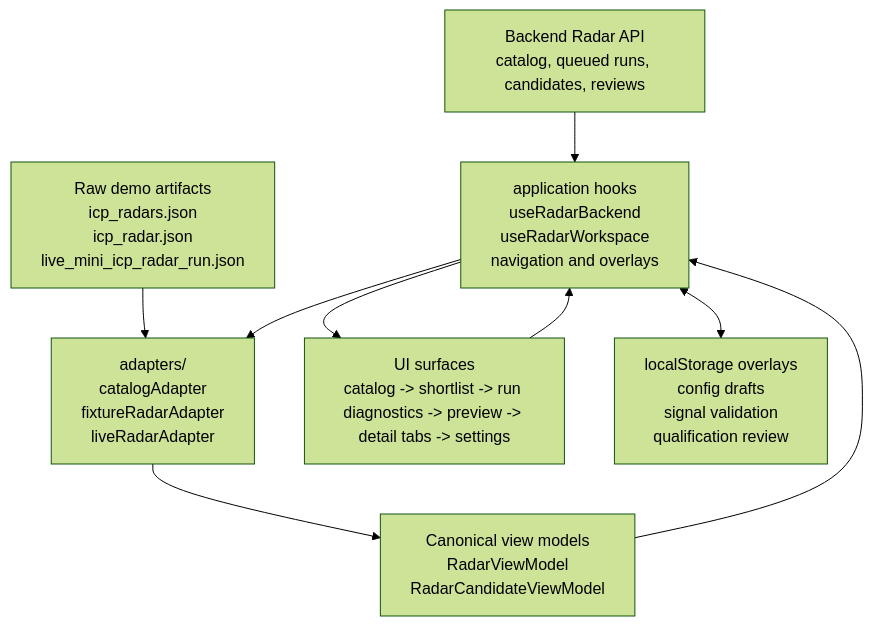
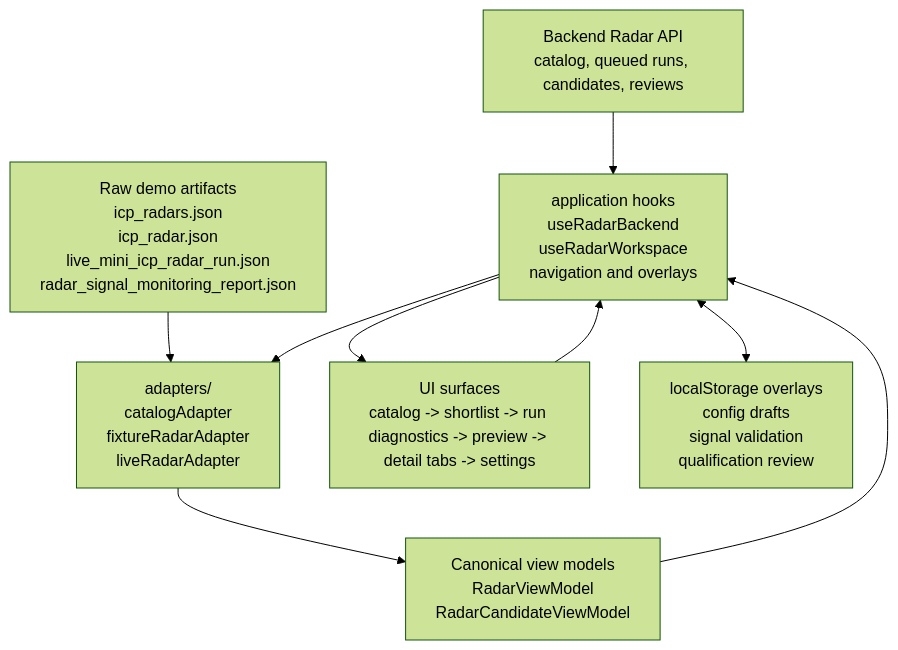
The diagram in frontend/src/features/icp-radar/README.md (mudrezzz/power-web-os), drawn with Mermaid (forest theme) before and after one commit. The commit also changed other lines of this file and 28 other files, not shown here.

Commit message:
feat: split radar discovery and signal controls

````diff
--- a/frontend/src/features/icp-radar/README.md
+++ b/frontend/src/features/icp-radar/README.md
@@ -26,19 +26,19 @@
 ```mermaid
 flowchart TD
     Api["Backend Radar API<br/>catalog, queued runs, candidates, reviews"]
-    RawArtifacts["Raw demo artifacts<br/>icp_radars.json<br/>icp_radar.json<br/>live_mini_icp_radar_run.json"]
+    RawArtifacts["Raw demo artifacts<br/>icp_radars.json<br/>icp_radar.json<br/>live_mini_icp_radar_run.json<br/>radar_signal_monitoring_report.json"]
     Adapters["adapters/<br/>catalogAdapter<br/>fixtureRadarAdapter<br/>liveRadarAdapter"]
     ViewModels["Canonical view models<br/>RadarViewModel<br/>RadarCandidateViewModel"]
     AppHooks["application hooks<br/>useRadarBackend<br/>useRadarWorkspace<br/>navigation and overlays"]
     UI["UI surfaces<br/>catalog -> shortlist -> run diagnostics -> preview -> detail tabs -> settings"]
     LocalOverlays["localStorage overlays<br/>config drafts<br/>signal validation<br/>qualification review"]
 
     Api --> AppHooks
     RawArtifacts --> Adapters
     AppHooks --> Adapters
     Adapters --> ViewModels
     ViewModels --> AppHooks
     AppHooks --> UI
     UI --> AppHooks
     AppHooks <--> LocalOverlays
 ```
````
